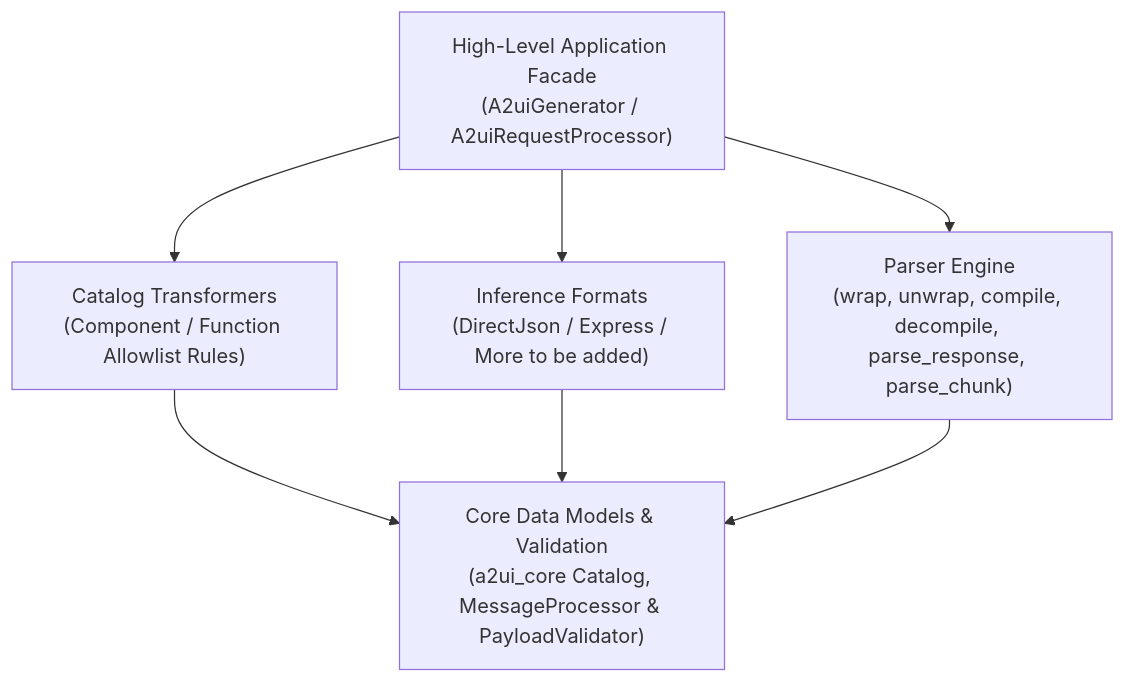
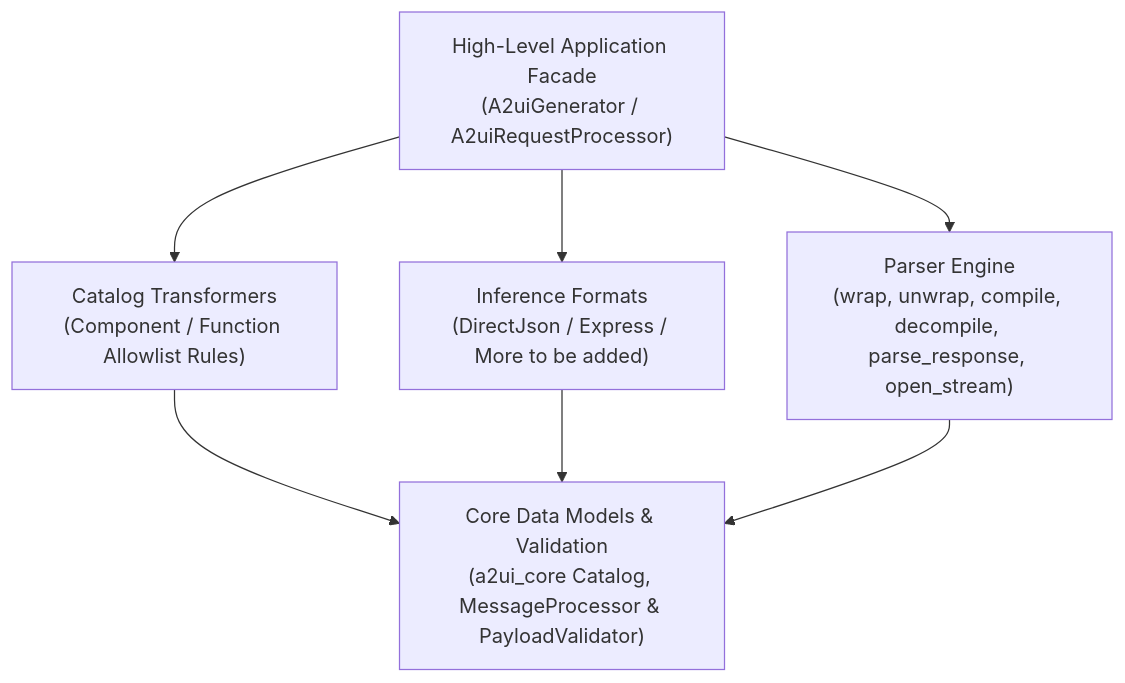
One commit to Chronillogical-Potato/A2UI changed the diagram in blueprints/modules/a2ui_agent.blueprint.md. Above: the diagram before and after it, drawn with Mermaid. The commit also changed other lines of this file and 54 other files, not shown here.

````diff
--- a/blueprints/modules/a2ui_agent.blueprint.md
+++ b/blueprints/modules/a2ui_agent.blueprint.md
@@ -28,15 +28,15 @@
 ```mermaid
 graph TD
     Facade["High-Level Application Facade<br/>(A2uiGenerator / A2uiRequestProcessor)"]
     Transformers["Catalog Transformers<br/>(Component / Function Allowlist Rules)"]
     Formats["Inference Formats<br/>(DirectJson / Express / More to be added)"]
-    Parsers["Parser Engine<br/>(wrap, unwrap, compile, decompile, parse_response, parse_chunk)"]
+    Parsers["Parser Engine<br/>(wrap, unwrap, compile, decompile, parse_response, open_stream)"]
     CoreModels["Core Data Models & Validation<br/>(a2ui_core Catalog, MessageProcessor & PayloadValidator)"]
 
     Facade --> Transformers
     Facade --> Formats
     Facade --> Parsers
     Transformers --> CoreModels
     Formats --> CoreModels
     Parsers --> CoreModels
 ```
````
